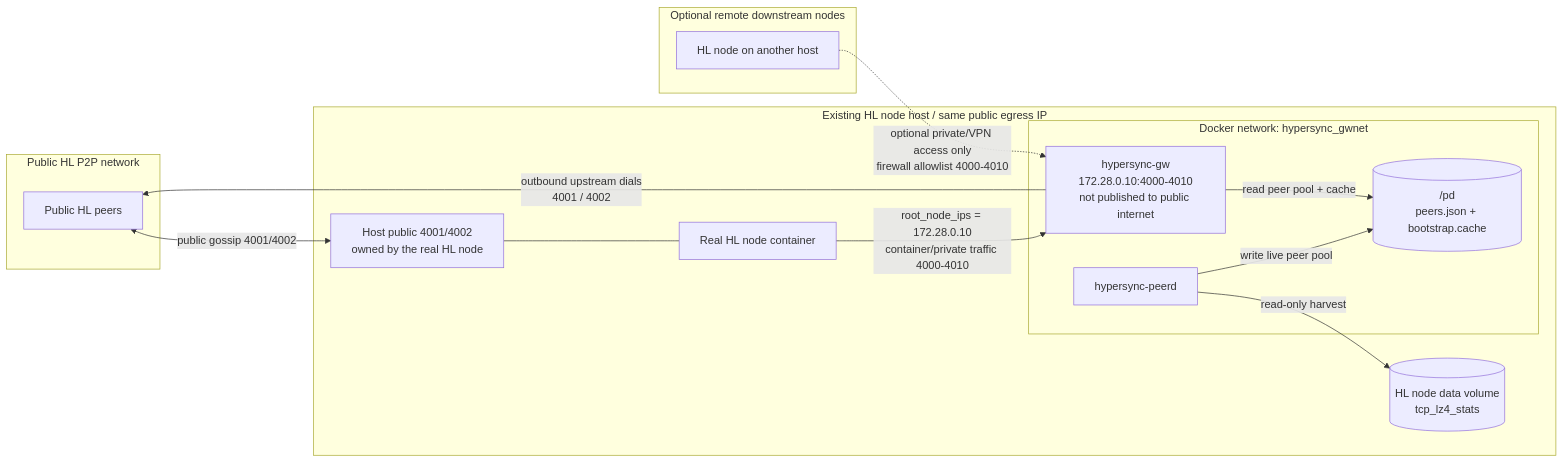
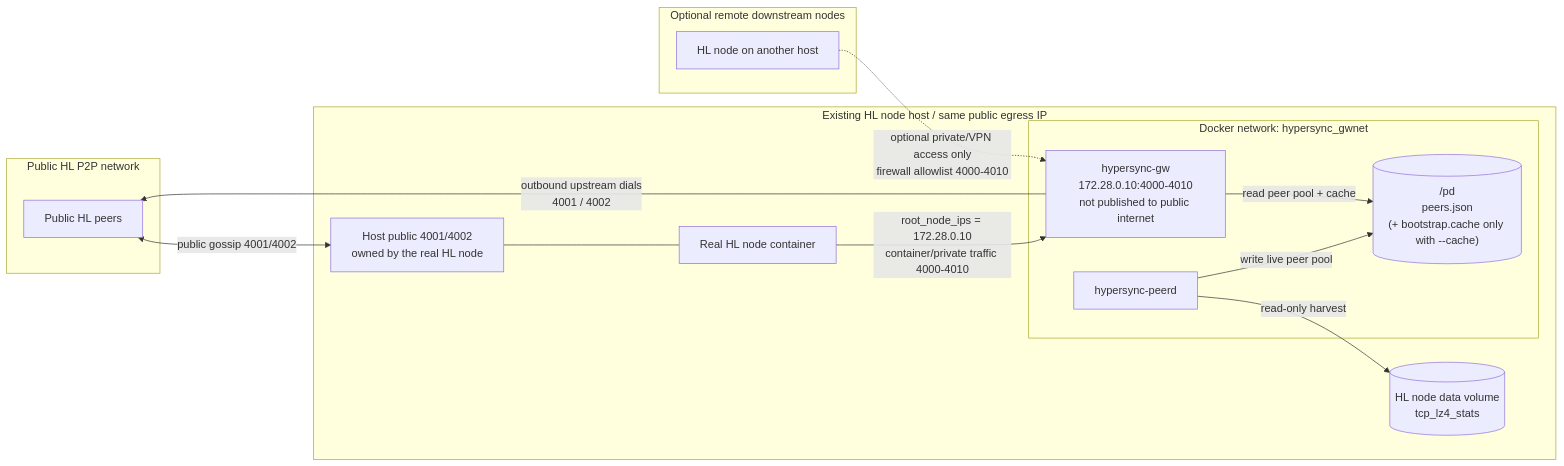
Before and after one commit to bufrr/hypersync: the diagram in docs/deploy-existing-hlnode.md, drawn with Mermaid. The commit also changed other lines of this file and 14 other files, not shown here.

````diff
--- a/docs/deploy-existing-hlnode.md
+++ b/docs/deploy-existing-hlnode.md
@@ -9,31 +9,31 @@
 ```mermaid
 flowchart LR
   subgraph P["Public HL P2P network"]
     PEERS["Public HL peers"]
   end
 
   subgraph H["Existing HL node host / same public egress IP"]
     PUB["Host public 4001/4002<br/>owned by the real HL node"]
     HL["Real HL node container"]
     DATA[("HL node data volume<br/>tcp_lz4_stats")]
 
     subgraph GNET["Docker network: hypersync_gwnet"]
       GW["hypersync-gw<br/>172.28.0.10:4000-4010<br/>not published to public internet"]
       PEERD["hypersync-peerd"]
-      PD[("/pd<br/>peers.json + bootstrap.cache")]
+      PD[("/pd<br/>peers.json<br/>(+ bootstrap.cache only with --cache)")]
     end
   end
 
   subgraph R["Optional remote downstream nodes"]
     RHL["HL node on another host"]
   end
 
   PEERS <-- "public gossip 4001/4002" --> PUB
   PUB --- HL
   HL -- "root_node_ips = 172.28.0.10<br/>container/private traffic 4000-4010" --> GW
   GW -- "outbound upstream dials<br/>4001 / 4002" --> PEERS
   PEERD -- "read-only harvest" --> DATA
   PEERD -- "write live peer pool" --> PD
   GW -- "read peer pool + cache" --> PD
   RHL -. "optional private/VPN access only<br/>firewall allowlist 4000-4010" .-> GW
 ```
````
